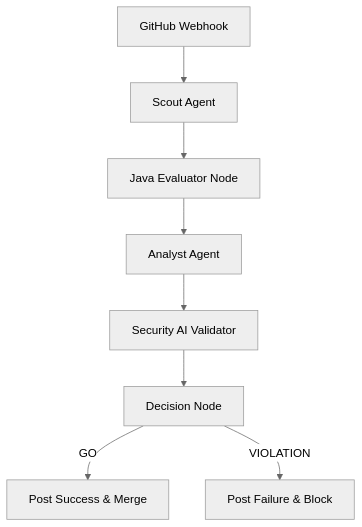
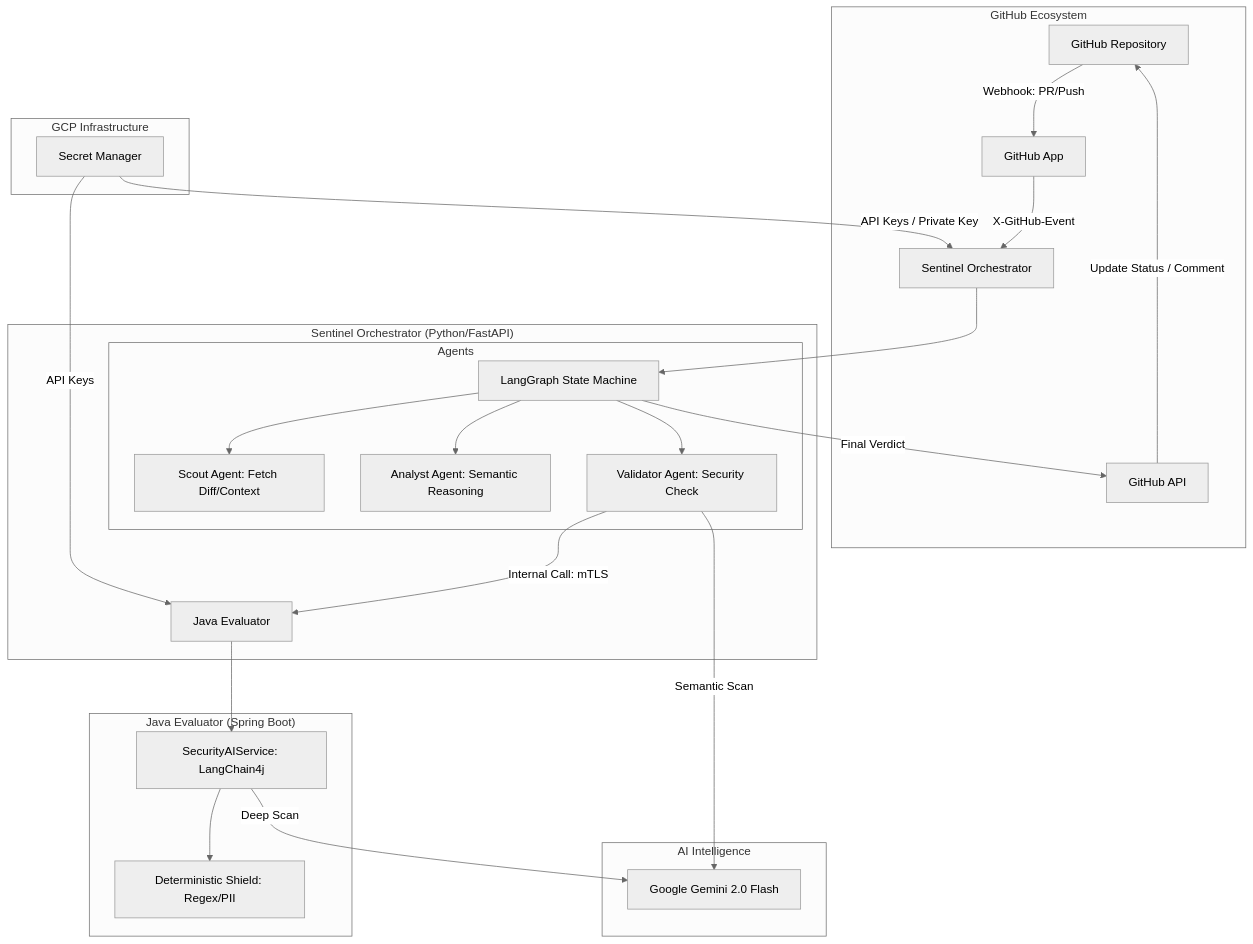
Before and after one commit to tbrom/pr-compliance-agent: the diagram in README.md, drawn with Mermaid (neutral theme).

Commit message:
docs: Add detailed architectural diagram to README

````diff
--- a/README.md
+++ b/README.md
@@ -11,10 +11,34 @@
 ```mermaid
-graph TD
-    A[GitHub Webhook] --> B[Scout Agent]
-    B --> C[Java Evaluator Node]
-    C --> D[Analyst Agent]
-    D --> E[Security AI Validator]
-    E --> F[Decision Node]
-    F -->|GO| G[Post Success & Merge]
-    F -->|VIOLATION| H[Post Failure & Block]
+graph TB
+    subgraph "GitHub Ecosystem"
+        A[GitHub Repository] -- Webhook: PR/Push --> B[GitHub App]
+        B -- X-GitHub-Event --> C[Sentinel Orchestrator]
+        K[GitHub API] -- Update Status / Comment --> A
+    end
+
+    subgraph "Sentinel Orchestrator (Python/FastAPI)"
+        C --> D[LangGraph State Machine]
+        subgraph "Agents"
+            D --> E[Scout Agent: Fetch Diff/Context]
+            D --> F[Analyst Agent: Semantic Reasoning]
+            D --> G[Validator Agent: Security Check]
+        end
+        G -- Internal Call: mTLS --> H[Java Evaluator]
+        D -- Final Verdict --> K
+    end
+
+    subgraph "Java Evaluator (Spring Boot)"
+        H --> I[SecurityAIService: LangChain4j]
+        I --> J[Deterministic Shield: Regex/PII]
+    end
+
+    subgraph "AI Intelligence"
+        G -- Semantic Scan --> L[Google Gemini 2.0 Flash]
+        I -- Deep Scan --> L
+    end
+
+    subgraph "GCP Infrastructure"
+        M[Secret Manager] -- API Keys / Private Key --> C
+        M -- API Keys --> H
+    end
 ```
````
